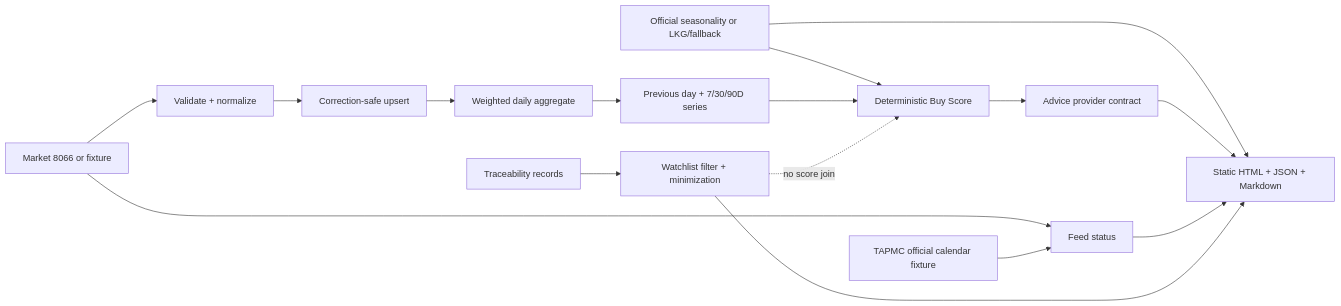
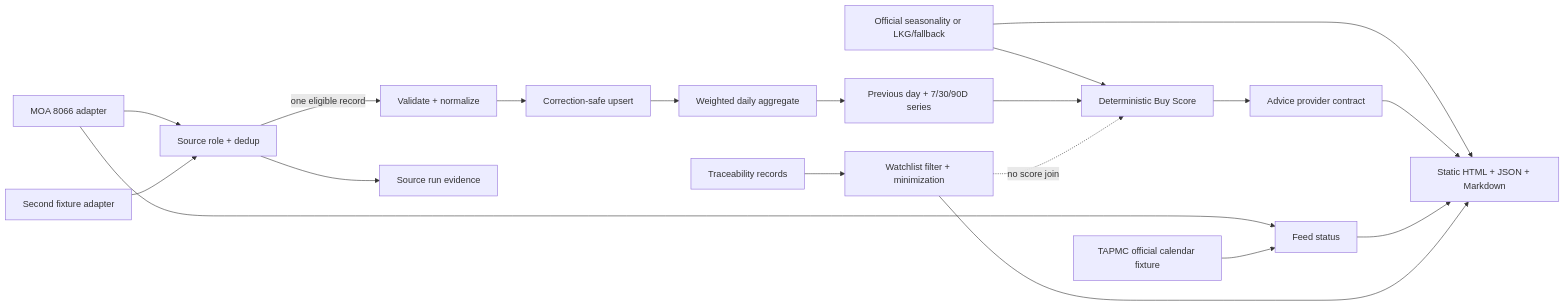
One commit to trionnemesis/tw-agri-copilot changed the diagram in README.md. Above: the diagram before and after it, drawn with Mermaid. The commit also changed other lines of this file and 8 other files, not shown here.

Commit message:
feat: add transaction source adapter contract

````diff
--- a/README.md
+++ b/README.md
@@ -37,18 +38,21 @@
 ```mermaid
 flowchart LR
-  M[Market 8066 or fixture] --> N[Validate + normalize]
+  M[MOA 8066 adapter] --> R[Source role + dedup]
+  V[Second fixture adapter] --> R
+  R -->|one eligible record| N[Validate + normalize]
+  R --> E[Source run evidence]
   M --> P[Feed status]
   C[TAPMC official calendar fixture] --> P
   N --> U[Correction-safe upsert]
   U --> A[Weighted daily aggregate]
   A --> S[Previous day + 7/30/90D series]
   F[Official seasonality or LKG/fallback] --> B[Deterministic Buy Score]
   F --> H
   S --> B
   B --> D[Advice provider contract]
   D --> H[Static HTML + JSON + Markdown]
   P --> H
   T[Traceability records] --> X[Watchlist filter + minimization]
   X --> H
   X -. no score join .-> B
 ```
````
